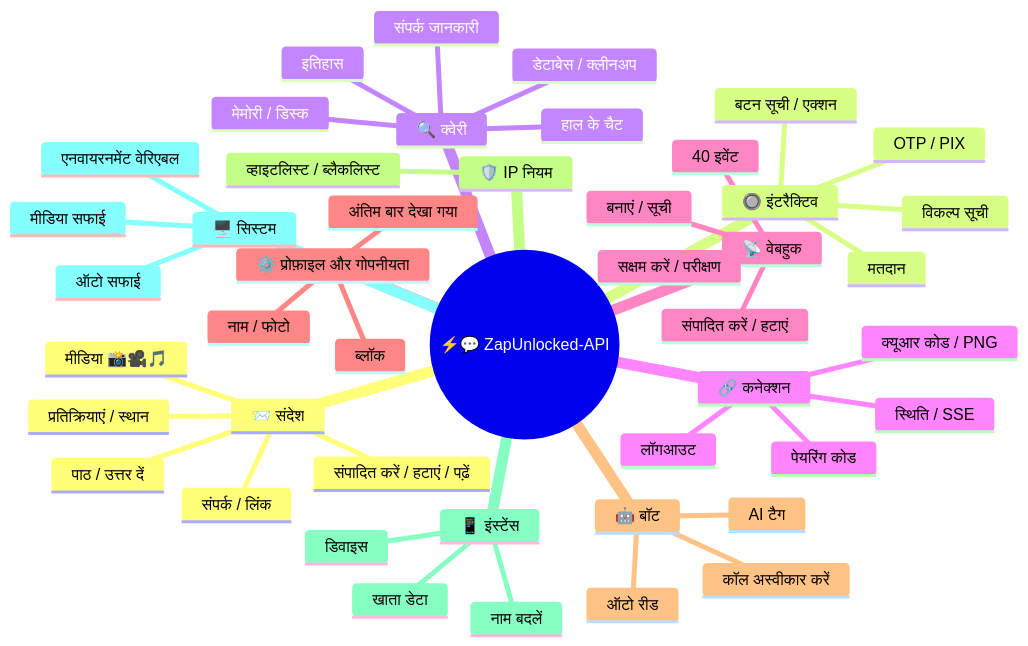
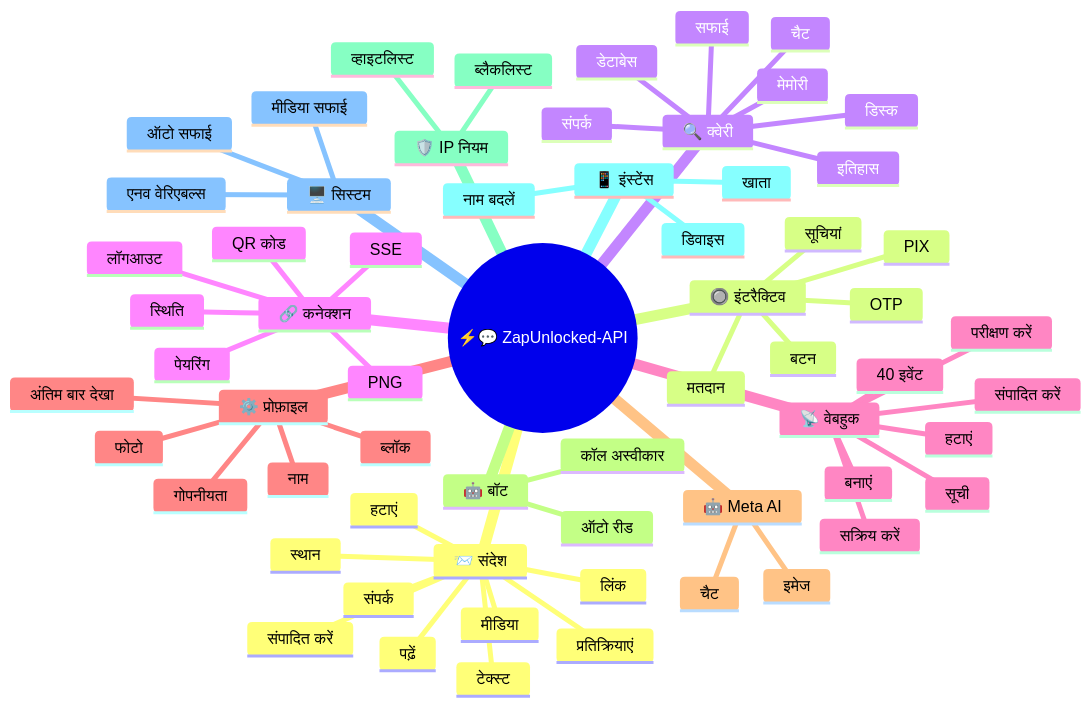
The first of 2 diagrams in docs/translations/hi.md (kauafpssx/ZapUnlocked-API), drawn with Mermaid before and after one commit. The commit also changed other lines of this file and 12 other files, not shown here.

````diff
--- a/docs/translations/hi.md
+++ b/docs/translations/hi.md
@@ -55,49 +56,75 @@
 ```mermaid
 mindmap
   root((⚡💬 ZapUnlocked-API))
     📨 संदेश
-      पाठ / उत्तर दें
-      मीडिया 📸🎥🎵
-      प्रतिक्रियाएं / स्थान
-      संपर्क / लिंक
-      संपादित करें / हटाएं / पढ़ें
+      टेक्स्ट
+      मीडिया
+      प्रतिक्रियाएं
+      स्थान
+      संपर्क
+      लिंक
+      संपादित करें
+      हटाएं
+      पढ़ें
+
     🔘 इंटरैक्टिव
-      बटन सूची / एक्शन
-      OTP / PIX
-      विकल्प सूची
+      बटन
+      सूचियां
+      OTP
+      PIX
       मतदान
+
     🔍 क्वेरी
-      संपर्क जानकारी
+      संपर्क
       इतिहास
-      हाल के चैट
-      मेमोरी / डिस्क
-      डेटाबेस / क्लीनअप
+      चैट
+      मेमोरी
+      डिस्क
+      डेटाबेस
+      सफाई
+
     🔗 कनेक्शन
-      स्थिति / SSE
-      क्यूआर कोड / PNG
-      पेयरिंग कोड
+      स्थिति
+      SSE
+      QR कोड
+      PNG
+      पेयरिंग
       लॉगआउट
+
     📡 वेबहुक
-       बनाएं / सूची
-       संपादित करें / हटाएं
-       सक्षम करें / परीक्षण
-       40 इवेंट
-    ⚙️ प्रोफ़ाइल और गोपनीयता
-      नाम / फोटो
-      अंतिम बार देखा गया
+      बनाएं
+      सूची
+      संपादित करें
+      हटाएं
+      सक्रिय करें
+      परीक्षण करें
+      40 इवेंट
+
+    ⚙️ प्रोफ़ाइल
+      नाम
+      फोटो
+      गोपनीयता
+      अंतिम बार देखा
       ब्लॉक
+
+    🤖 Meta AI
+      चैट
+      इमेज
     🤖 बॉट
-      AI टैग
-      कॉल अस्वीकार करें
       ऑटो रीड
+      कॉल अस्वीकार
+
     🛡️ IP नियम
-      व्हाइटलिस्ट / ब्लैकलिस्ट
+      व्हाइटलिस्ट
+      ब्लैकलिस्ट
+
     📱 इंस्टेंस
-      खाता डेटा
+      खाता
       डिवाइस
       नाम बदलें
+
     🖥️ सिस्टम
-      एनवायरनमेंट वेरिएबल
+      एनव वेरिएबल्स
       मीडिया सफाई
       ऑटो सफाई
 ```
````
